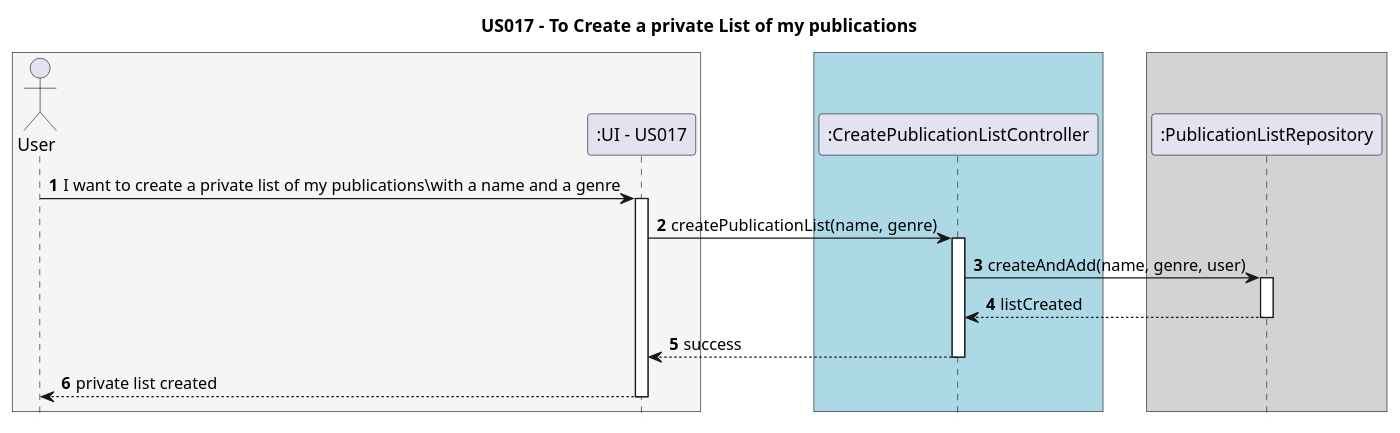
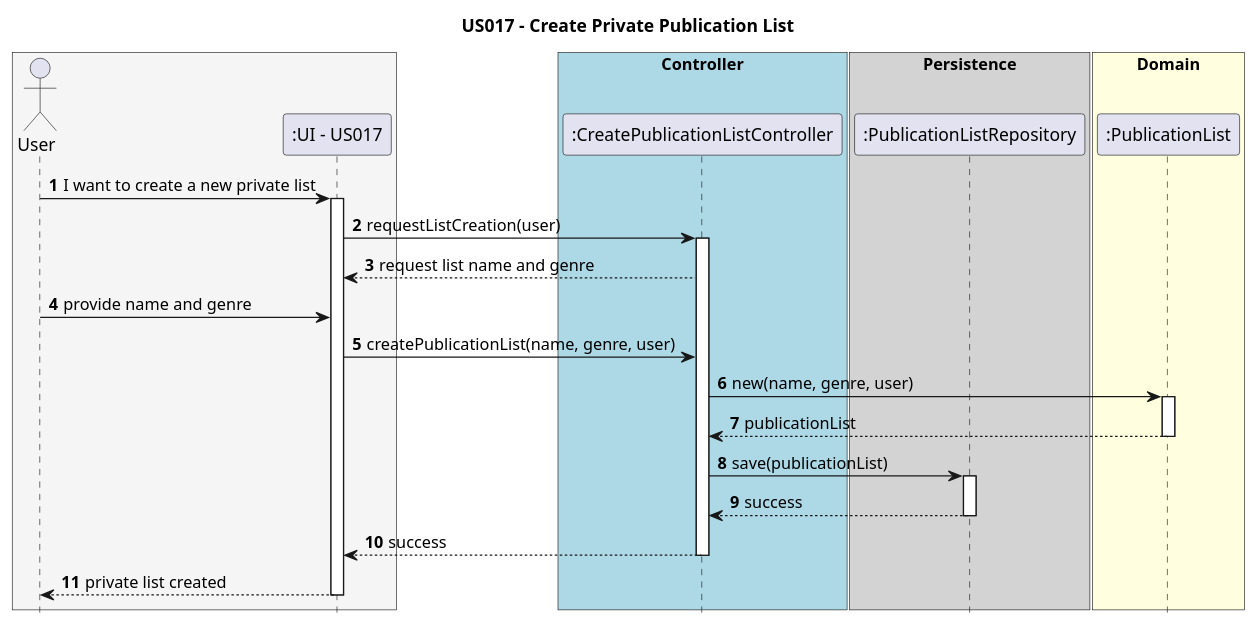
The diagram in Diagrams/SequenceDiagrams/N2/US017-to-create-private-publication-list.puml (AndrePereiraGitH/SWitCH-Project-Team_A), drawn with PlantUML before and after one commit. The commit also changed 6 other files, not shown here.

Commit message:
#88 #89 and #92 #94: add SSD (N1), sequence (N2) and class diagrams

```diff
--- a/Diagrams/SequenceDiagrams/N2/US017-to-create-private-publication-list.puml
+++ b/Diagrams/SequenceDiagrams/N2/US017-to-create-private-publication-list.puml
@@ -1,38 +1,52 @@
 @startuml
 hide footbox
 autonumber
 
-title US017 - To Create a private List of my publications
+title US017 - Create Private Publication List
 
 box #whitesmoke
 actor "User" as User
 participant ":UI - US017" as UI
 end box
 
-box #Lightblue
+box "Controller" #Lightblue
 participant ":CreatePublicationListController" as Controller
 end box
 
-box #LightGrey
+box "Persistence" #LightGrey
 participant ":PublicationListRepository" as Repository
 end box
 
-User -> UI : I want to create a private list of my publications\with a name and a genre
+box "Domain" #Lightyellow
+participant ":PublicationList" as List
+end box
+
+User -> UI : I want to create a new private list
 activate UI
 
-UI -> Controller : createPublicationList(name, genre)
+UI -> Controller : requestListCreation(user)
 activate Controller
 
-Controller -> Repository : createAndAdd(name, genre, user)
+Controller --> UI : request list name and genre
+
+User -> UI : provide name and genre
+
+UI -> Controller : createPublicationList(name, genre, user)
+
+Controller -> List : new(name, genre, user)
+activate List
+List --> Controller : publicationList
+deactivate List
+
+Controller -> Repository : save(publicationList)
 activate Repository
-
-Repository --> Controller : listCreated
+Repository --> Controller : success
 deactivate Repository
 
 Controller --> UI : success
 deactivate Controller
 
 UI --> User : private list created
 deactivate UI
 
 @enduml
```
